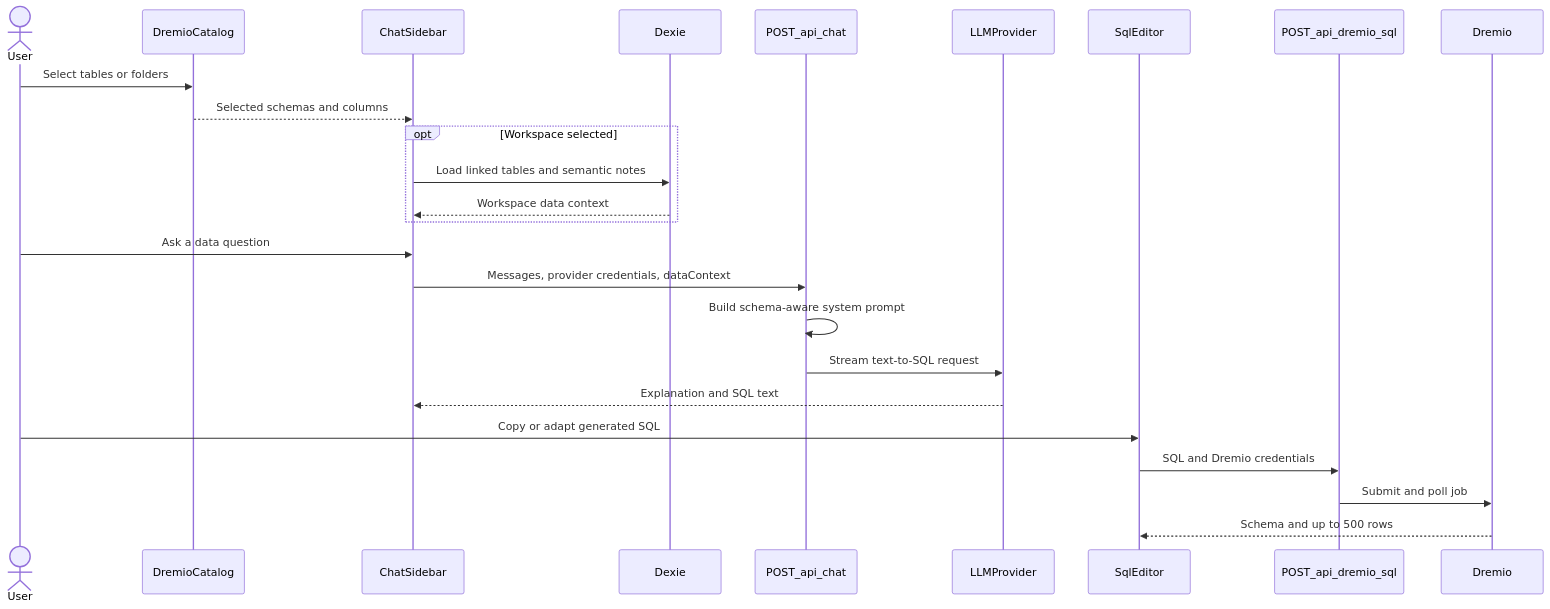
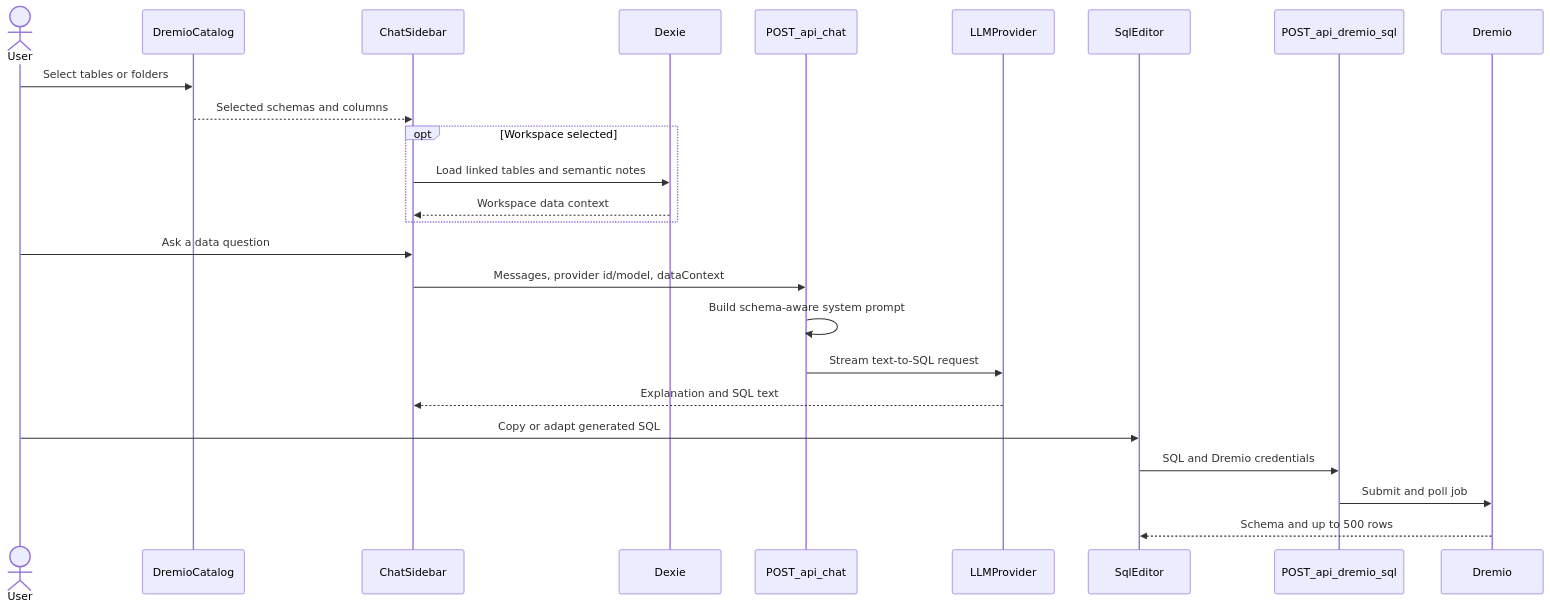
One commit to pybern/ep changed the second of 5 diagrams in docs/ARCHITECTURE.md. Above: the diagram before and after it, drawn with Mermaid. The commit also changed other lines of this file and 64 other files, not shown here.

````diff
--- a/docs/ARCHITECTURE.md
+++ b/docs/ARCHITECTURE.md
@@ -92,28 +101,28 @@
 ```mermaid
 sequenceDiagram
     actor User
     participant Catalog as DremioCatalog
     participant Sidebar as ChatSidebar
     participant Notes as Dexie
     participant ChatApi as POST_api_chat
     participant Llm as LLMProvider
     participant Editor as SqlEditor
     participant SqlApi as POST_api_dremio_sql
     participant Dremio
 
     User->>Catalog: Select tables or folders
     Catalog-->>Sidebar: Selected schemas and columns
     opt Workspace selected
         Sidebar->>Notes: Load linked tables and semantic notes
         Notes-->>Sidebar: Workspace data context
     end
     User->>Sidebar: Ask a data question
-    Sidebar->>ChatApi: Messages, provider credentials, dataContext
+    Sidebar->>ChatApi: Messages, provider id/model, dataContext
     ChatApi->>ChatApi: Build schema-aware system prompt
     ChatApi->>Llm: Stream text-to-SQL request
     Llm-->>Sidebar: Explanation and SQL text
     User->>Editor: Copy or adapt generated SQL
     Editor->>SqlApi: SQL and Dremio credentials
     SqlApi->>Dremio: Submit and poll job
     Dremio-->>Editor: Schema and up to 500 rows
 ```
````
